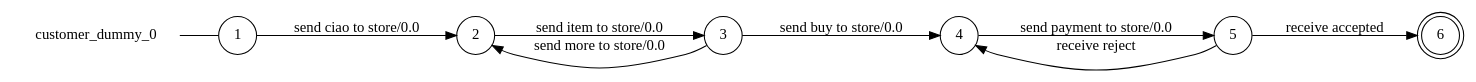
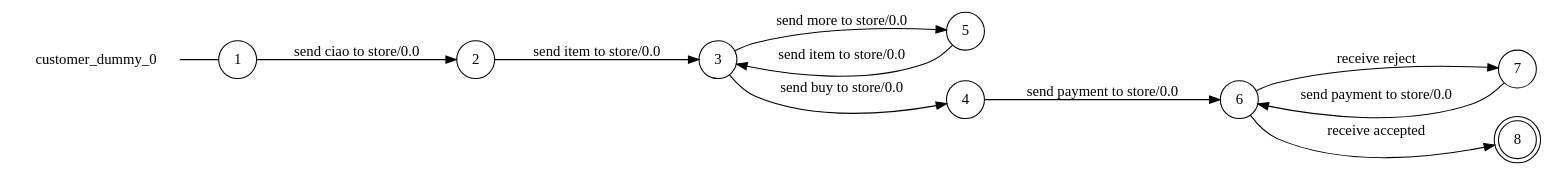
One commit to gabrielegenovese/chorer changed the diagram in examples/customer/customer_dummy_0_local_view.dot. Above: the diagram before and after it, drawn with Graphviz. The commit also changed 37 other files, not shown here.

```diff
--- a/examples/customer/customer_dummy_0_local_view.dot
+++ b/examples/customer/customer_dummy_0_local_view.dot
@@ -1,19 +1,23 @@
 digraph customer_dummy_0 {
 	rankdir="LR";
 	n_0 [label="customer_dummy_0", shape="plaintext"];
 	n_1 [id="5", shape=circle, label="2"];
-	n_2 [id="6", shape=circle, label="5"];
+	n_2 [id="6", shape=circle, label="6"];
 	n_3 [id="1", shape=circle, label="1"];
 	n_0 -> n_3 [arrowhead=none];
-	n_4 [id="2", shape=circle, label="4"];
+	n_4 [id="2", shape=circle, label="7"];
 	n_5 [id="8", shape=circle, label="3"];
-	n_6 [id="4", shape=doublecircle, label="6"];
+	n_6 [id="4", shape=doublecircle, label="8"];
+	n_7 [id="7", shape=circle, label="5"];
+	n_8 [id="3", shape=circle, label="4"];
 
 	n_3 -> n_1 [id="[$e|0]", label="send ciao to store/0.0"];
-	n_5 -> n_1 [id="[$e|9]", label="send more to store/0.0"];
 	n_1 -> n_5 [id="[$e|5]", label="send item to store/0.0"];
 	n_2 -> n_4 [id="[$e|3]", label="receive reject"];
 	n_4 -> n_2 [id="[$e|8]", label="send payment to store/0.0"];
+	n_5 -> n_7 [id="[$e|6]", label="send more to store/0.0"];
 	n_2 -> n_6 [id="[$e|2]", label="receive accepted"];
-	n_5 -> n_4 [id="[$e|10]", label="send buy to store/0.0"];
+	n_8 -> n_2 [id="[$e|7]", label="send payment to store/0.0"];
+	n_7 -> n_5 [id="[$e|4]", label="send item to store/0.0"];
+	n_5 -> n_8 [id="[$e|1]", label="send buy to store/0.0"];
 }
```
